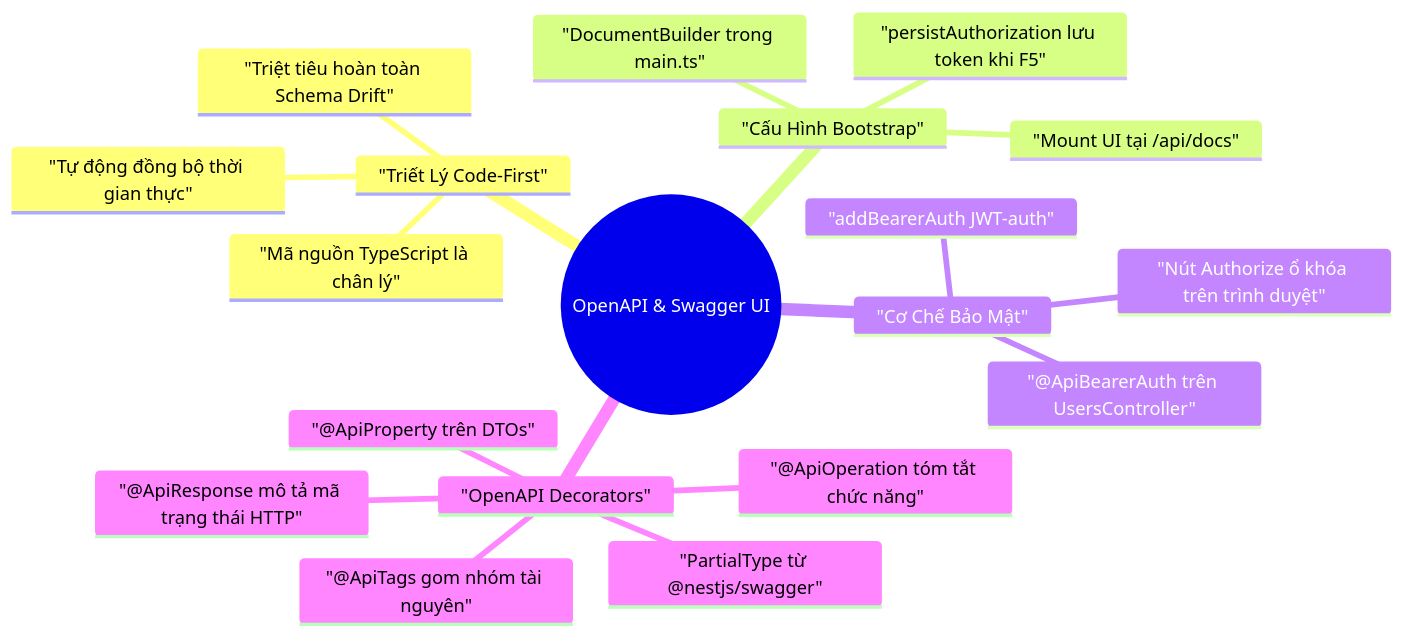
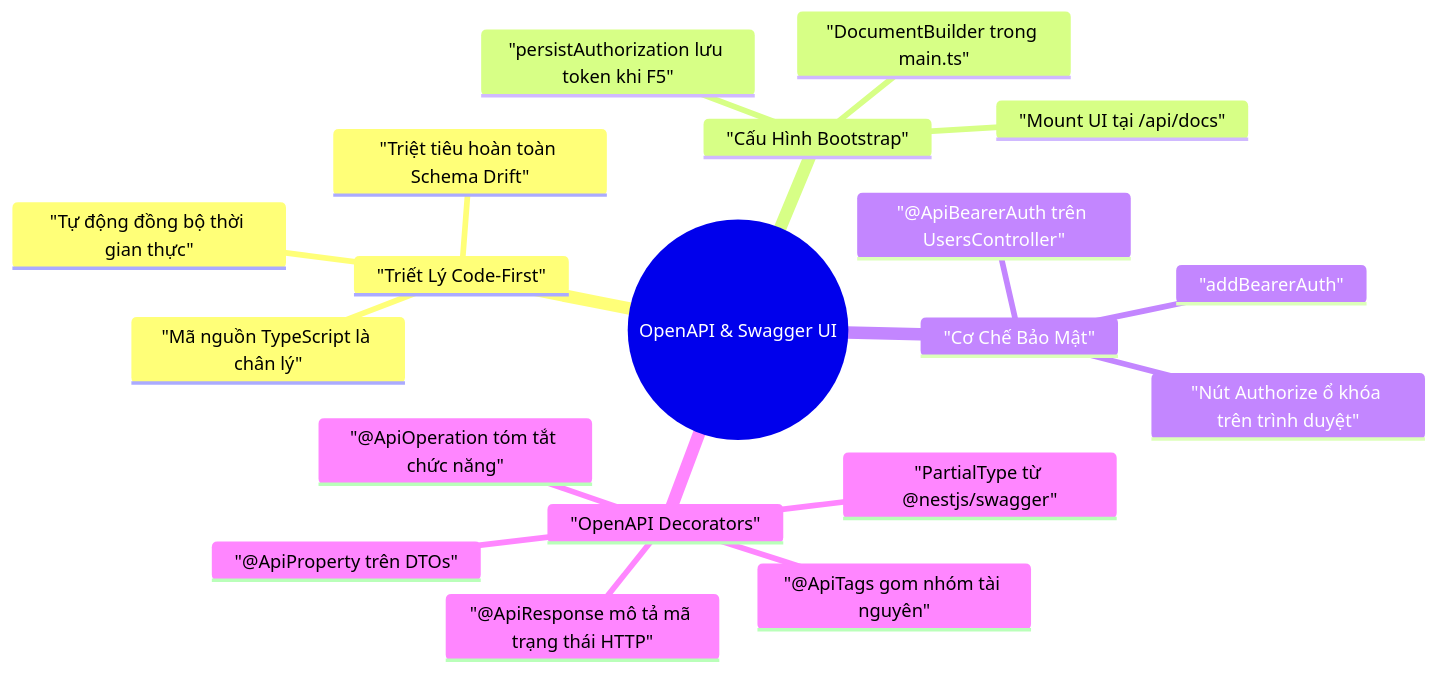
The diagram in docs/modules/module-05/lesson-5.1/lesson-5.1.md (thanhmati/nestjs-basic-course), drawn with Mermaid before and after one commit. The commit also changed other lines of this file, not shown here.

````diff
--- a/docs/modules/module-05/lesson-5.1/lesson-5.1.md
+++ b/docs/modules/module-05/lesson-5.1/lesson-5.1.md
@@ -578,22 +575,22 @@
 ```mermaid
 mindmap
   root(("OpenAPI & Swagger UI"))
     "Triết Lý Code-First"
       "Mã nguồn TypeScript là chân lý"
       "Tự động đồng bộ thời gian thực"
       "Triệt tiêu hoàn toàn Schema Drift"
     "Cấu Hình Bootstrap"
       "DocumentBuilder trong main.ts"
       "Mount UI tại /api/docs"
       "persistAuthorization lưu token khi F5"
     "Cơ Chế Bảo Mật"
-      "addBearerAuth JWT-auth"
+      "addBearerAuth"
       "@ApiBearerAuth trên UsersController"
       "Nút Authorize ổ khóa trên trình duyệt"
     "OpenAPI Decorators"
       "@ApiTags gom nhóm tài nguyên"
       "@ApiOperation tóm tắt chức năng"
       "@ApiResponse mô tả mã trạng thái HTTP"
       "@ApiProperty trên DTOs"
       "PartialType từ @nestjs/swagger"
 ```
````
